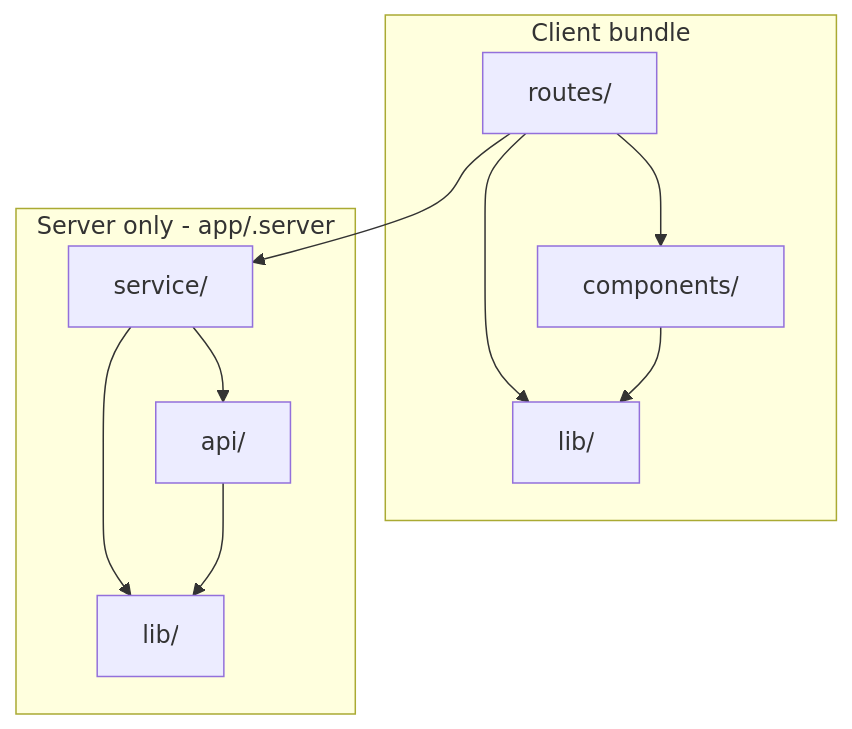
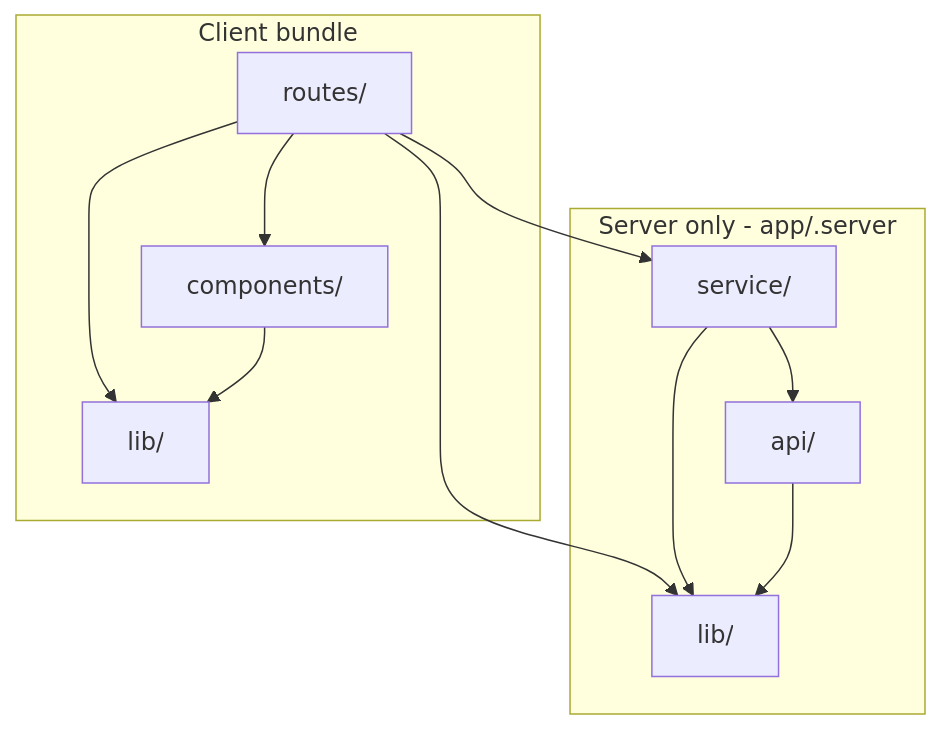
One commit to AET-DevOps26/team-worksonourmachines changed the diagram in docs/technical/client-web.md. Above: the diagram before and after it, drawn with Mermaid. The commit also changed other lines of this file and 83 other files, not shown here.

````diff
--- a/docs/technical/client-web.md
+++ b/docs/technical/client-web.md
@@ -9,20 +9,21 @@
 ```mermaid
 flowchart TB
   subgraph client [Client bundle]
     routes[routes/]
     components[components/]
     lib[lib/]
   end
   subgraph server [Server only - app/.server]
     service[service/]
     api[api/]
     serverLib[lib/]
   end
   routes --> service
+  routes --> serverLib
   routes --> components
   routes --> lib
   components --> lib
   service --> api
   service --> serverLib
   api --> serverLib
 ```
````
